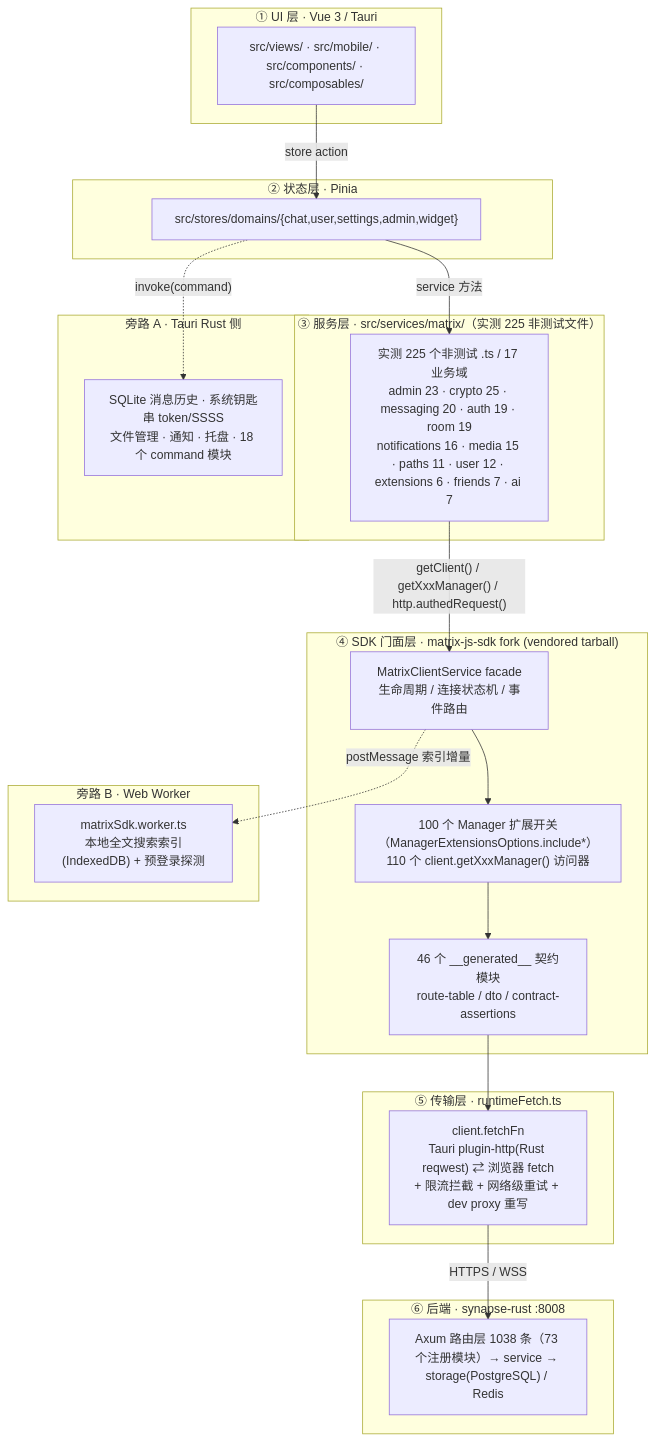
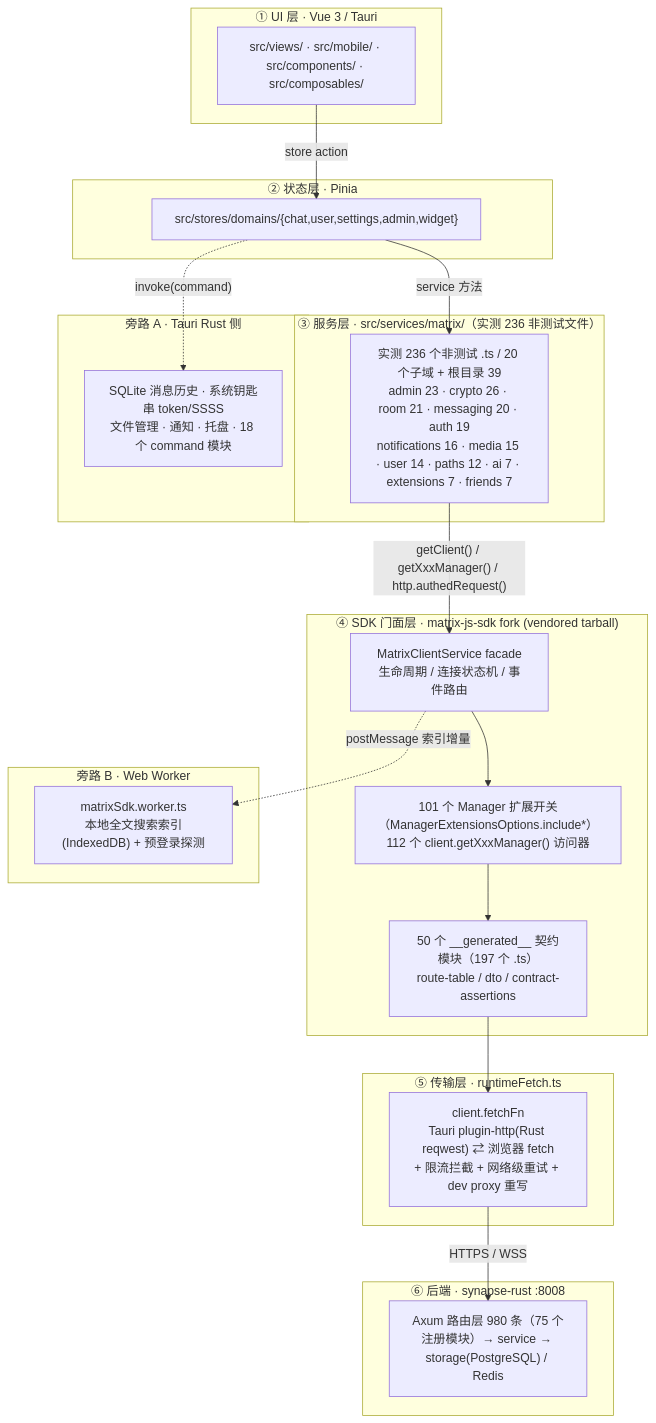
One commit to langkebo/hula changed the first of 4 diagrams in docs/Tjg-SDK-集成架构与能力图谱-2026-10-08.md. Above: the diagram before and after it, drawn with Mermaid. The commit also changed other lines of this file and 328 other files, not shown here.

````diff
--- a/docs/Tjg-SDK-集成架构与能力图谱-2026-10-08.md
+++ b/docs/Tjg-SDK-集成架构与能力图谱-2026-10-08.md
@@ -32,47 +34,47 @@
 ```mermaid
 flowchart TB
     subgraph L1["① UI 层 · Vue 3 / Tauri"]
         UI["src/views/ · src/mobile/ · src/components/ · src/composables/"]
     end
 
     subgraph L2["② 状态层 · Pinia"]
         ST["src/stores/domains/{chat,user,settings,admin,widget}"]
     end
 
-    subgraph L3["③ 服务层 · src/services/matrix/（实测 225 非测试文件）"]
-        SV["实测 225 个非测试 .ts / 17 业务域<br/>admin 23 · crypto 25 · messaging 20 · auth 19 · room 19<br/>notifications 16 · media 15 · paths 11 · user 12 · extensions 6 · friends 7 · ai 7"]
+    subgraph L3["③ 服务层 · src/services/matrix/（实测 236 非测试文件）"]
+        SV["实测 236 个非测试 .ts / 20 个子域 + 根目录 39<br/>admin 23 · crypto 26 · room 21 · messaging 20 · auth 19<br/>notifications 16 · media 15 · user 14 · paths 12 · ai 7 · extensions 7 · friends 7"]
     end
 
     subgraph L4["④ SDK 门面层 · matrix-js-sdk fork (vendored tarball)"]
         SDK1["MatrixClientService facade<br/>生命周期 / 连接状态机 / 事件路由"]
-        SDK2["100 个 Manager 扩展开关（ManagerExtensionsOptions.include*）<br/>110 个 client.getXxxManager() 访问器"]
-        SDK3["46 个 __generated__ 契约模块<br/>route-table / dto / contract-assertions"]
+        SDK2["101 个 Manager 扩展开关（ManagerExtensionsOptions.include*）<br/>112 个 client.getXxxManager() 访问器"]
+        SDK3["50 个 __generated__ 契约模块（197 个 .ts）<br/>route-table / dto / contract-assertions"]
     end
 
     subgraph L5["⑤ 传输层 · runtimeFetch.ts"]
         NET["client.fetchFn<br/>Tauri plugin-http(Rust reqwest) ⇄ 浏览器 fetch<br/>+ 限流拦截 + 网络级重试 + dev proxy 重写"]
     end
 
     subgraph L6["⑥ 后端 · synapse-rust :8008"]
-        BE["Axum 路由层 1038 条（73 个注册模块）→ service → storage(PostgreSQL) / Redis"]
+        BE["Axum 路由层 980 条（75 个注册模块）→ service → storage(PostgreSQL) / Redis"]
     end
 
     UI -->|"store action"| ST
     ST -->|"service 方法"| SV
     SV -->|"getClient() / getXxxManager() / http.authedRequest()"| SDK1
     SDK1 --> SDK2
     SDK2 --> SDK3
     SDK3 --> NET
     NET -->|"HTTPS / WSS"| BE
 
     subgraph SIDE1["旁路 A · Tauri Rust 侧"]
         TAURI["SQLite 消息历史 · 系统钥匙串 token/SSSS<br/>文件管理 · 通知 · 托盘 · 18 个 command 模块"]
     end
 
     subgraph SIDE2["旁路 B · Web Worker"]
         WK["matrixSdk.worker.ts<br/>本地全文搜索索引(IndexedDB) + 预登录探测"]
     end
 
     ST -.->|"invoke(command)"| TAURI
     SDK1 -.->|"postMessage 索引增量"| WK
 ```
````
